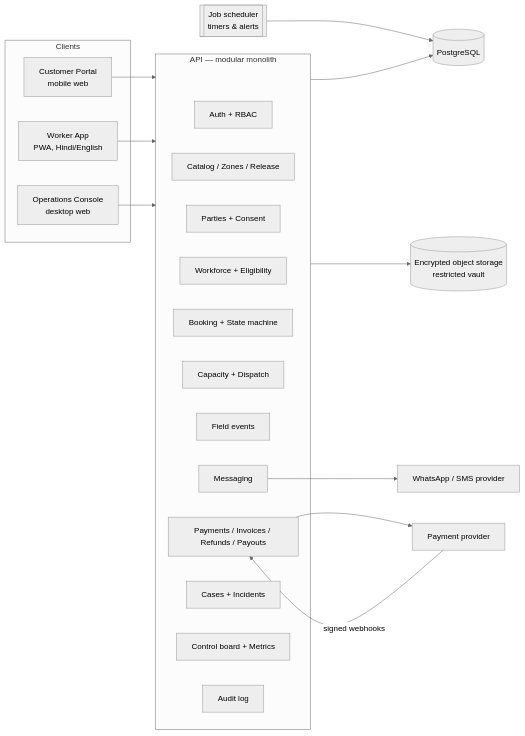
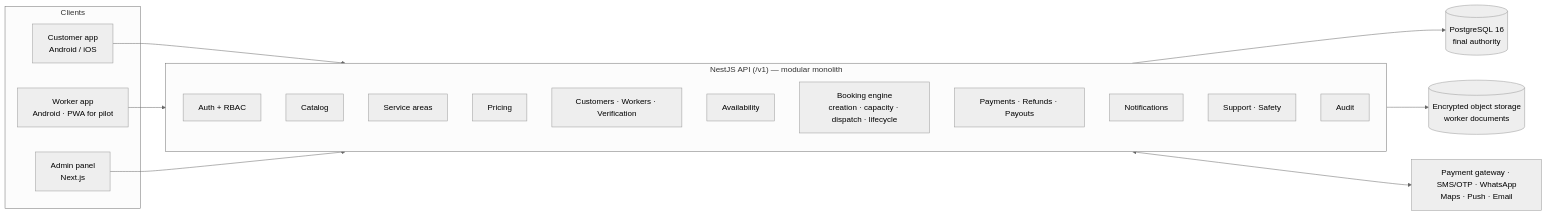
One commit to Sanjays996600/Onetappe changed the first of 3 diagrams in docs/01-system-design.md. Above: the diagram before and after it, drawn with Mermaid (neutral theme). The commit also changed other lines of this file and 3 other files, not shown here.

````diff
--- a/docs/01-system-design.md
+++ b/docs/01-system-design.md
@@ -47,39 +30,31 @@
 ```mermaid
 flowchart LR
     subgraph Clients
-        C[Customer Portal<br/>mobile web]
-        W[Worker App<br/>PWA, Hindi/English]
-        O[Operations Console<br/>desktop web]
+        CA[Customer app<br/>Android / iOS]
+        WA[Worker app<br/>Android · PWA for pilot]
+        AD[Admin panel<br/>Next.js]
     end
 
-    subgraph API["API — modular monolith"]
+    subgraph API["NestJS API (/v1) — modular monolith"]
         AUTH[Auth + RBAC]
-        CAT[Catalog / Zones / Release]
-        PPL[Parties + Consent]
-        WRK[Workforce + Eligibility]
-        BKG[Booking + State machine]
-        DSP[Capacity + Dispatch]
-        FLD[Field events]
-        MSG[Messaging]
-        PAY[Payments / Invoices / Refunds / Payouts]
-        CASE[Cases + Incidents]
-        RPT[Control board + Metrics]
-        AUD[Audit log]
+        CAT[Catalog]
+        AREA[Service areas]
+        PRICE[Pricing]
+        PPL[Customers · Workers · Verification]
+        AVAIL[Availability]
+        BKG[Booking engine<br/>creation · capacity · dispatch · lifecycle]
+        PAY[Payments · Refunds · Payouts]
+        NOTIF[Notifications]
+        SUP[Support · Safety]
+        AUD[Audit]
     end
 
-    JOBS[[Job scheduler<br/>timers & alerts]]
-    DB[(PostgreSQL)]
-    VAULT[(Encrypted object storage<br/>restricted vault)]
-    PG[Payment provider]
-    WA[WhatsApp / SMS provider]
+    DB[(PostgreSQL 16<br/>final authority)]
+    VAULT[(Encrypted object storage<br/>worker documents)]
+    EXT[Payment gateway · SMS/OTP · WhatsApp<br/>Maps · Push · Email]
 
-    C --> API
-    W --> API
-    O --> API
+    CA & WA & AD --> API
     API --> DB
     API --> VAULT
-    JOBS --> DB
-    PG -- signed webhooks --> PAY
-    PAY --> PG
-    MSG --> WA
+    API <--> EXT
 ```
````
